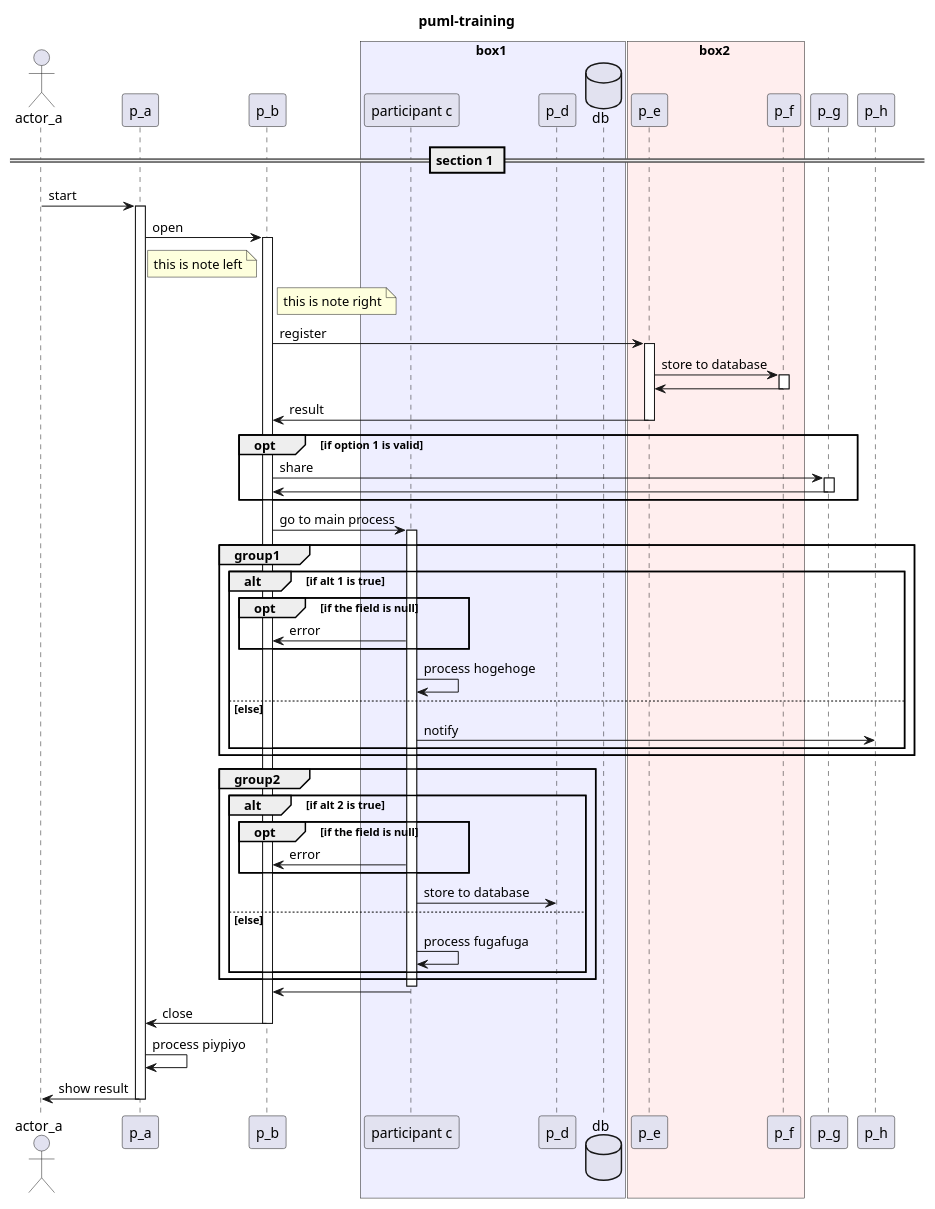
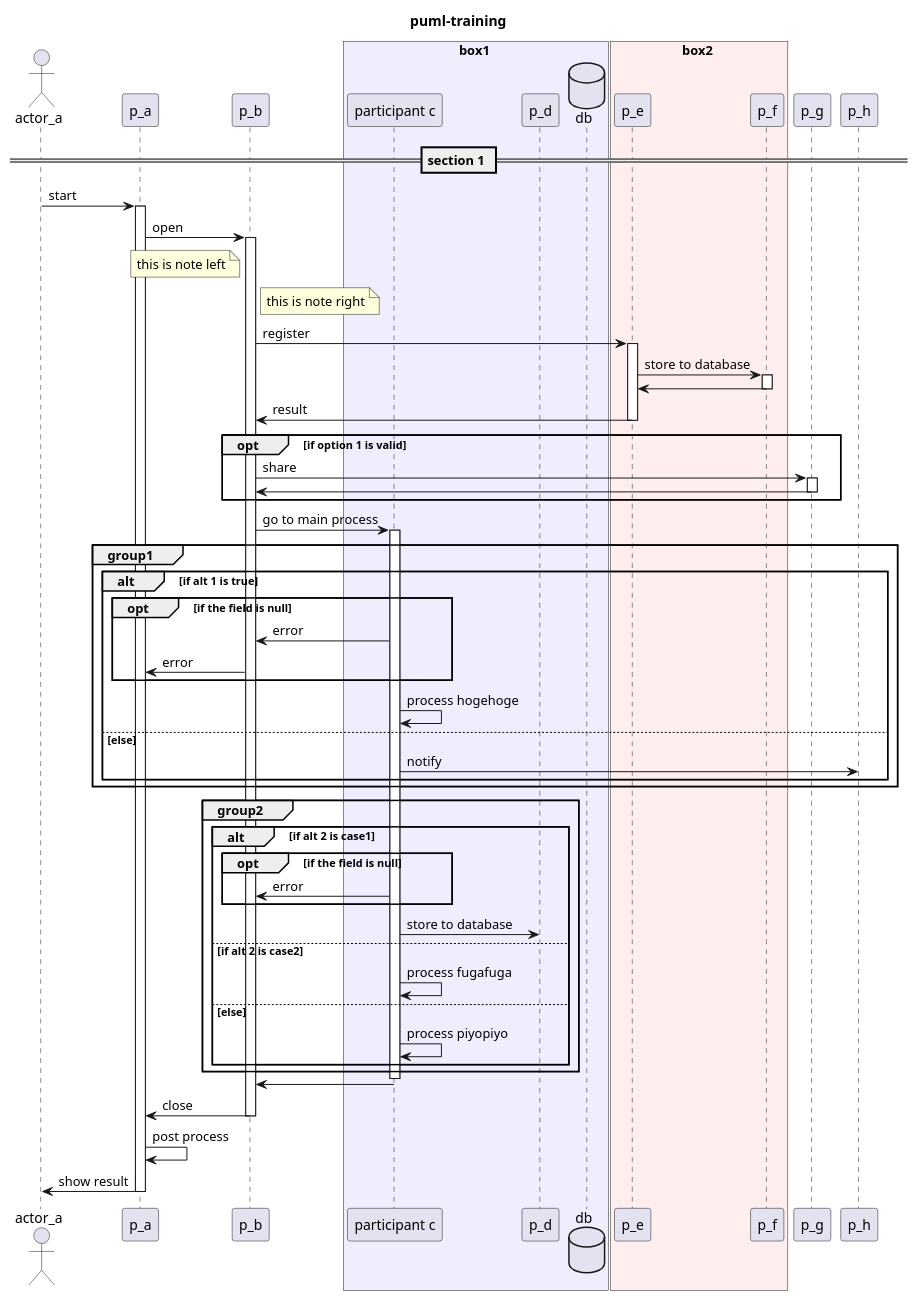
Before and after one commit to yokrh/puml-training: the diagram in sample.puml, drawn with PlantUML.

```diff
--- a/sample.puml
+++ b/sample.puml
@@ -1,77 +1,80 @@
 @startuml uml1
 
 title puml-training
 
 actor actor_a
 participant p_a
 participant p_b
 box box1 #eeeeff
 participant "participant c" as p_c
 participant p_d
 database "db" as db
 endbox
 box box2 #ffeeee
 participant p_e
 participant p_f
 endbox
 participant p_g
 participant p_h
 
 == section 1 ==
 
 actor_a -> p_a : start
 activate p_a
   p_a -> p_b : open
   note left p_b : this is note left
   note right p_b : this is note right
   activate p_b
     p_b -> p_e : register
     activate p_e
       p_e -> p_f : store to database
       activate p_f
         p_f -> p_e
       deactivate p_f
       p_e -> p_b : result
     deactivate p_e
 
     opt if option 1 is valid
       p_b -> p_g : share
       activate p_g
         p_g -> p_b
       deactivate p_g
     end opt
 
     p_b -> p_c : go to main process
 
     activate p_c
       group group1
         alt if alt 1 is true
           opt if the field is null
             p_c -> p_b : error
+            p_b -> p_a : error
           end opt
           p_c -> p_c : process hogehoge
         else else
           p_c -> p_h : notify
         end alt
       end group
 
       group group2
-        alt if alt 2 is true
+        alt if alt 2 is case1
           opt if the field is null
             p_c -> p_b : error
           end opt
           p_c -> p_d : store to database
+        else if alt 2 is case2
+          p_c -> p_c : process fugafuga
         else else
-          p_c -> p_c : process fugafuga
+          p_c -> p_c : process piyopiyo
         end alt
       end group
     deactivate p_c
 
     p_c -> p_b
     p_b -> p_a : close
   deactivate p_b
-p_a -> p_a : process piypiyo
+p_a -> p_a : post process
 p_a -> actor_a : show result
 deactivate p_a
 
 @enduml
```
